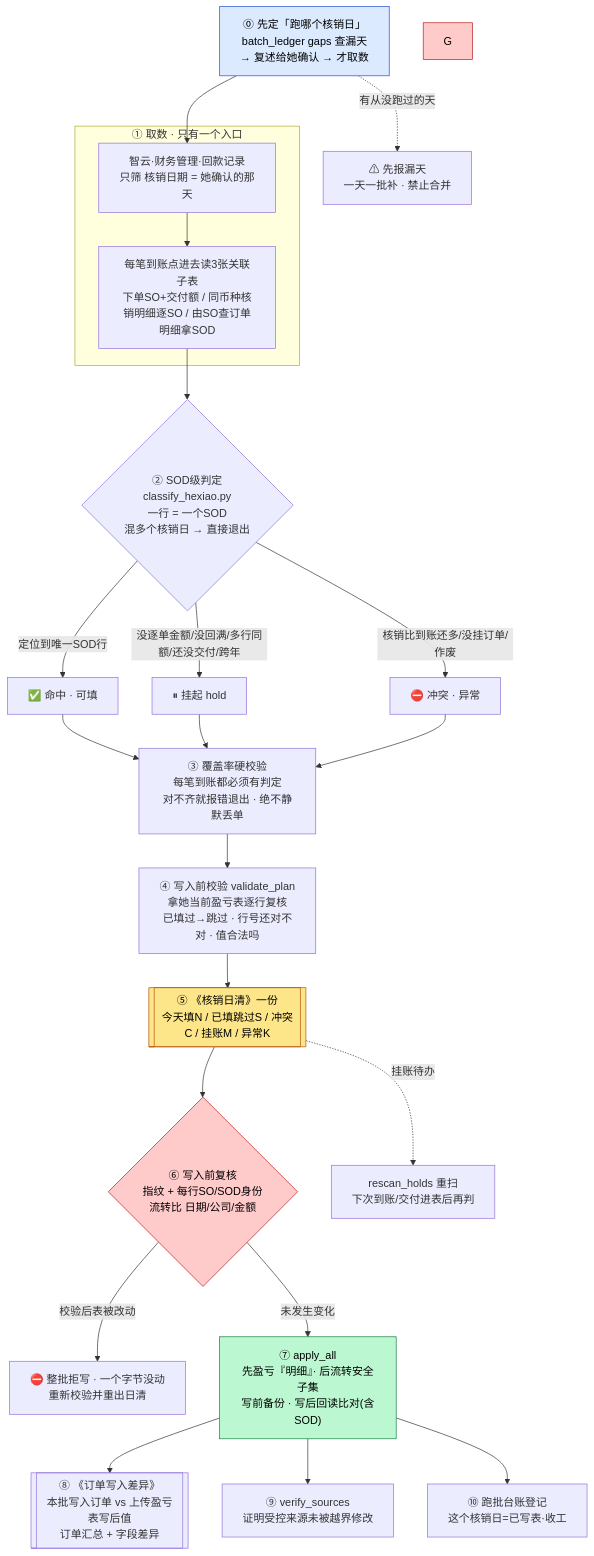
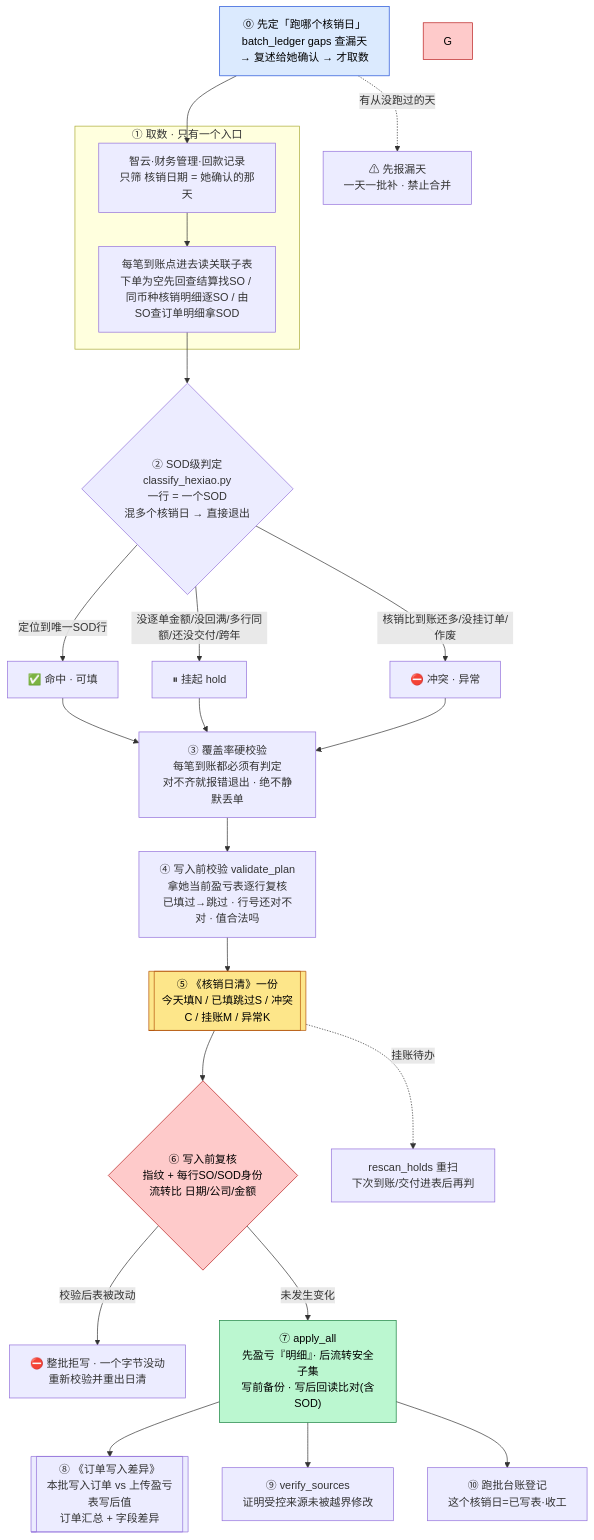
Before and after one commit to EvanLee2004/finance-skills: the first of 2 diagrams in skills/ar-hexiao-daily/README.md, drawn with Mermaid. The commit also changed other lines of this file and 34 other files, not shown here.

````diff
--- a/skills/ar-hexiao-daily/README.md
+++ b/skills/ar-hexiao-daily/README.md
@@ -56,30 +56,30 @@
 ```mermaid
 flowchart TD
     D0["⓪ 先定「跑哪个核销日」<br/>batch_ledger gaps 查漏天<br/>→ 复述给她确认 → 才取数"] --> A
     D0 -.->|"有从没跑过的天"| GAP["⚠ 先报漏天<br/>一天一批补 · 禁止合并"]
     subgraph 取数["① 取数 · 只有一个入口"]
-        A["智云·财务管理·回款记录<br/>只筛 核销日期 = 她确认的那天"] --> B["每笔到账点进去读3张关联子表<br/>下单SO+交付额 / 同币种核销明细逐SO / 由SO查订单明细拿SOD"]
+        A["智云·财务管理·回款记录<br/>只筛 核销日期 = 她确认的那天"] --> B["每笔到账点进去读关联子表<br/>下单为空先回查结算找SO / 同币种核销明细逐SO / 由SO查订单明细拿SOD"]
     end
     B --> C{"② SOD级判定<br/>classify_hexiao.py<br/>一行 = 一个SOD<br/>混多个核销日 → 直接退出"}
     C -->|"定位到唯一SOD行"| HIT["✅ 命中 · 可填"]
     C -->|"没逐单金额/没回满/多行同额/还没交付/跨年"| HOLD["⏸ 挂起 hold"]
     C -->|"核销比到账还多/没挂订单/作废"| EXC["⛔ 冲突 · 异常"]
     HIT --> COV
     HOLD --> COV
     EXC --> COV
     COV["③ 覆盖率硬校验<br/>每笔到账都必须有判定<br/>对不齐就报错退出 · 绝不静默丢单"] --> V["④ 写入前校验 validate_plan<br/>拿她当前盈亏表逐行复核<br/>已填过→跳过 · 行号还对不对 · 值合法吗"]
     V --> W[["⑤ 《核销日清》一份<br/>今天填N / 已填跳过S / 冲突C / 挂账M / 异常K"]]
     W --> PRE{"⑥ 写入前复核<br/>指纹 + 每行SO/SOD身份<br/>流转比 日期/公司/金额"}
     PRE -->|"校验后表被改动"| REDO["⛔ 整批拒写 · 一个字节没动<br/>重新校验并重出日清"]
     PRE -->|"未发生变化"| AP["⑦ apply_all<br/>先盈亏『明细』· 后流转安全子集<br/>写前备份 · 写后回读比对(含SOD)"]
     AP --> DIFF[["⑧ 《订单写入差异》<br/>本批写入订单 vs 上传盈亏表写后值<br/>订单汇总 + 字段差异"]]
     AP --> VS["⑨ verify_sources<br/>证明受控来源未被越界修改"]
     AP --> BL["⑩ 跑批台账登记<br/>这个核销日=已写表·收工"]
     W -.->|"挂账待办"| R["rescan_holds 重扫<br/>下次到账/交付进表后再判"]
 
     style D0 fill:#dbeafe,stroke:#1d4ed8,color:#000
     style W fill:#fde68a,stroke:#b45309,color:#000
     style G fill:#fecaca,stroke:#b91c1c,color:#000
     style PRE fill:#fecaca,stroke:#b91c1c,color:#000
     style AP fill:#bbf7d0,stroke:#15803d,color:#000
 ```
````
